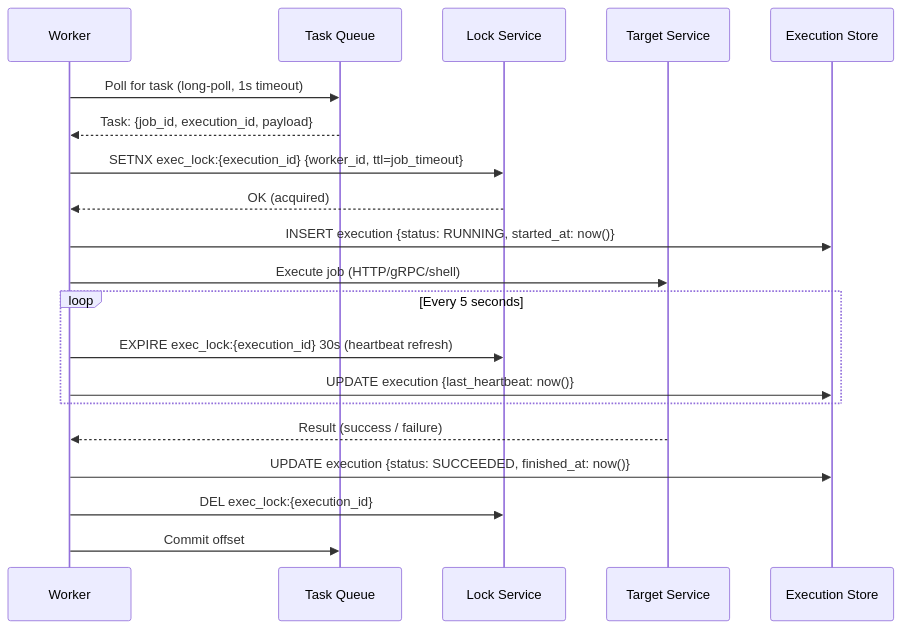
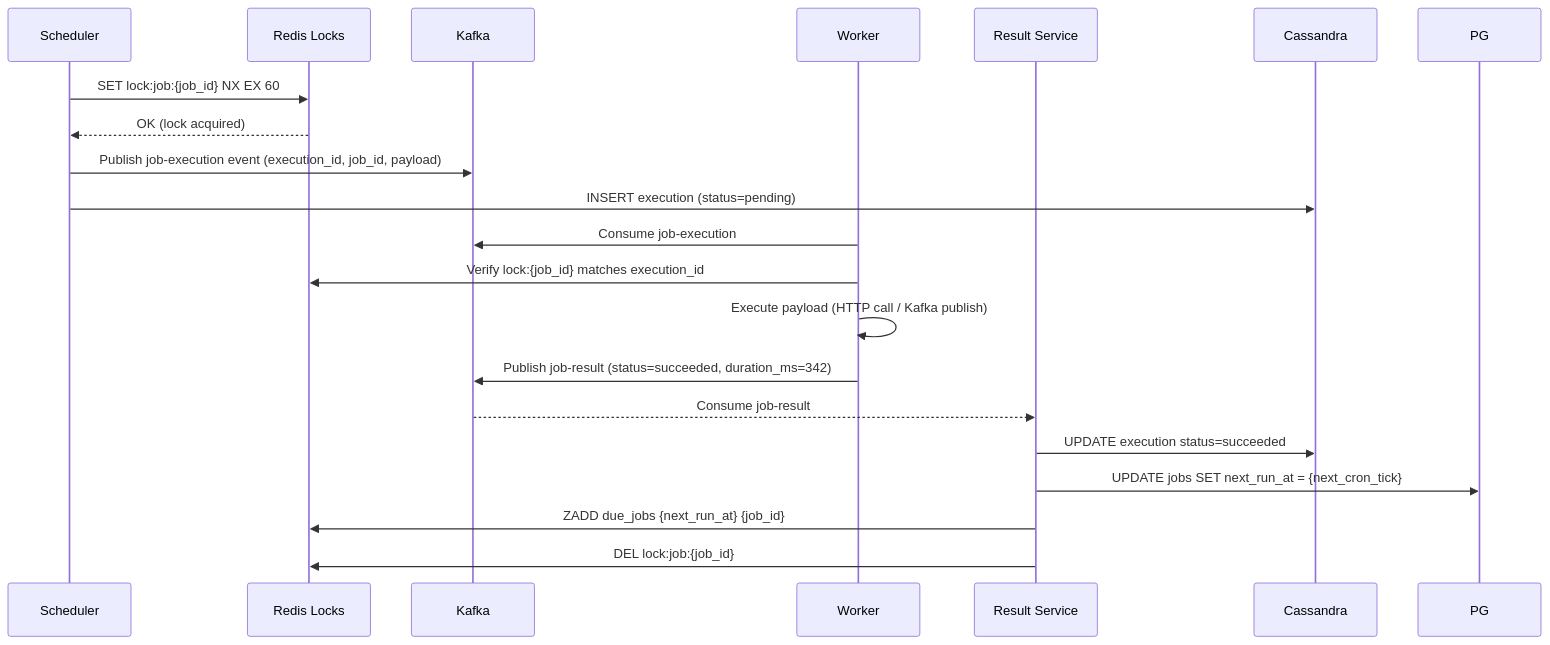
The third of 5 diagrams in docs/system-design/hld/real-world-systems/distributed-job-scheduler.md (deepjyoti-dj7/JustDoIT), drawn with Mermaid before and after one commit. The commit also changed other lines of this file and 8 other files, not shown here.

````diff
--- a/docs/system-design/hld/real-world-systems/distributed-job-scheduler.md
+++ b/docs/system-design/hld/real-world-systems/distributed-job-scheduler.md
@@ -297,27 +424,23 @@
 ```mermaid
 sequenceDiagram
+    participant Sched as Scheduler
+    participant Redis as Redis Locks
+    participant K as Kafka
     participant W as Worker
-    participant Kafka as Task Queue
-    participant Redis as Lock Service
-    participant Target as Target Service
-    participant Cassandra as Execution Store
+    participant RS as Result Service
+    participant Cass as Cassandra
 
-    W->>Kafka: Poll for task (long-poll, 1s timeout)
-    Kafka-->>W: Task: {job_id, execution_id, payload}
-
-    W->>Redis: SETNX exec_lock:{execution_id} {worker_id, ttl=job_timeout}
-    Redis-->>W: OK (acquired)
-
-    W->>Cassandra: INSERT execution {status: RUNNING, started_at: now()}
-    W->>Target: Execute job (HTTP/gRPC/shell)
-
-    loop Every 5 seconds
-        W->>Redis: EXPIRE exec_lock:{execution_id} 30s  (heartbeat refresh)
-        W->>Cassandra: UPDATE execution {last_heartbeat: now()}
-    end
-
-    Target-->>W: Result (success / failure)
-    W->>Cassandra: UPDATE execution {status: SUCCEEDED, finished_at: now()}
-    W->>Redis: DEL exec_lock:{execution_id}
-    W->>Kafka: Commit offset
+    Sched->>Redis: SET lock:job:{job_id} NX EX 60
+    Redis-->>Sched: OK (lock acquired)
+    Sched->>K: Publish job-execution event (execution_id, job_id, payload)
+    Sched->>Cass: INSERT execution (status=pending)
+    W->>K: Consume job-execution
+    W->>Redis: Verify lock:{job_id} matches execution_id
+    W->>W: Execute payload (HTTP call / Kafka publish)
+    W->>K: Publish job-result (status=succeeded, duration_ms=342)
+    K-->>RS: Consume job-result
+    RS->>Cass: UPDATE execution status=succeeded
+    RS->>PG: UPDATE jobs SET next_run_at = {next_cron_tick}
+    RS->>Redis: ZADD due_jobs {next_run_at} {job_id}
+    RS->>Redis: DEL lock:job:{job_id}
 ```
````
